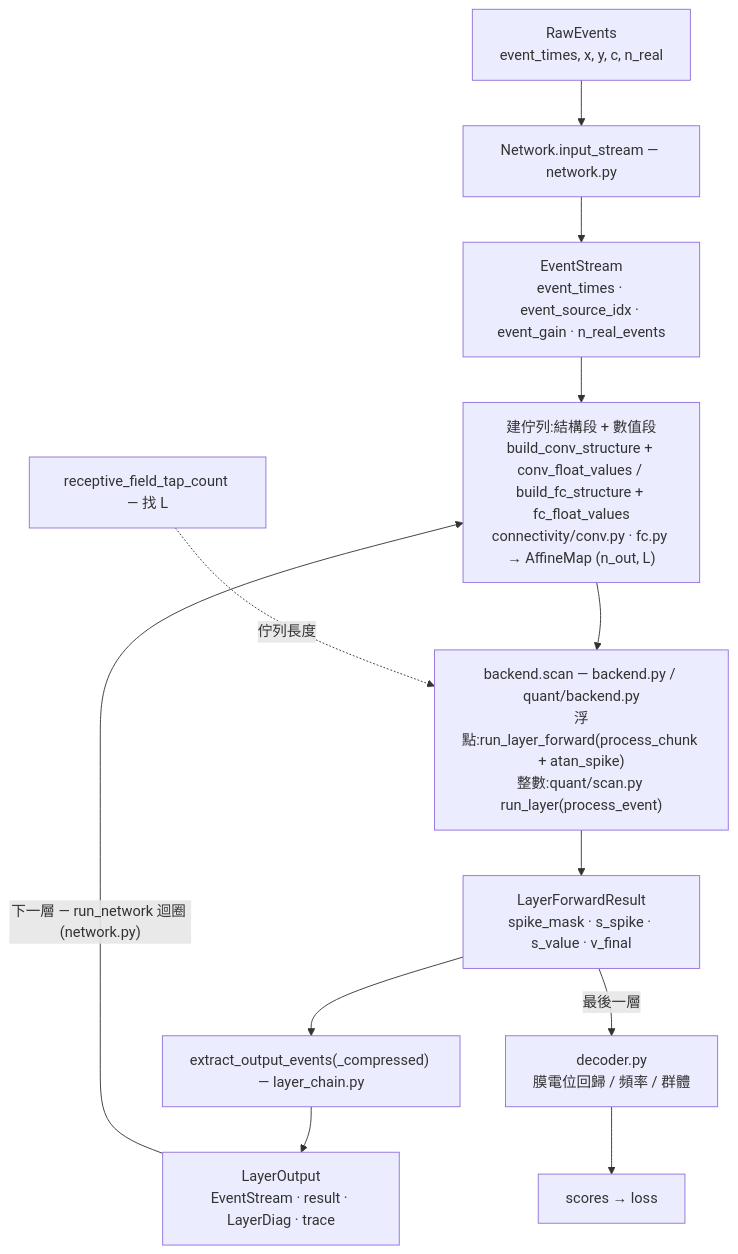
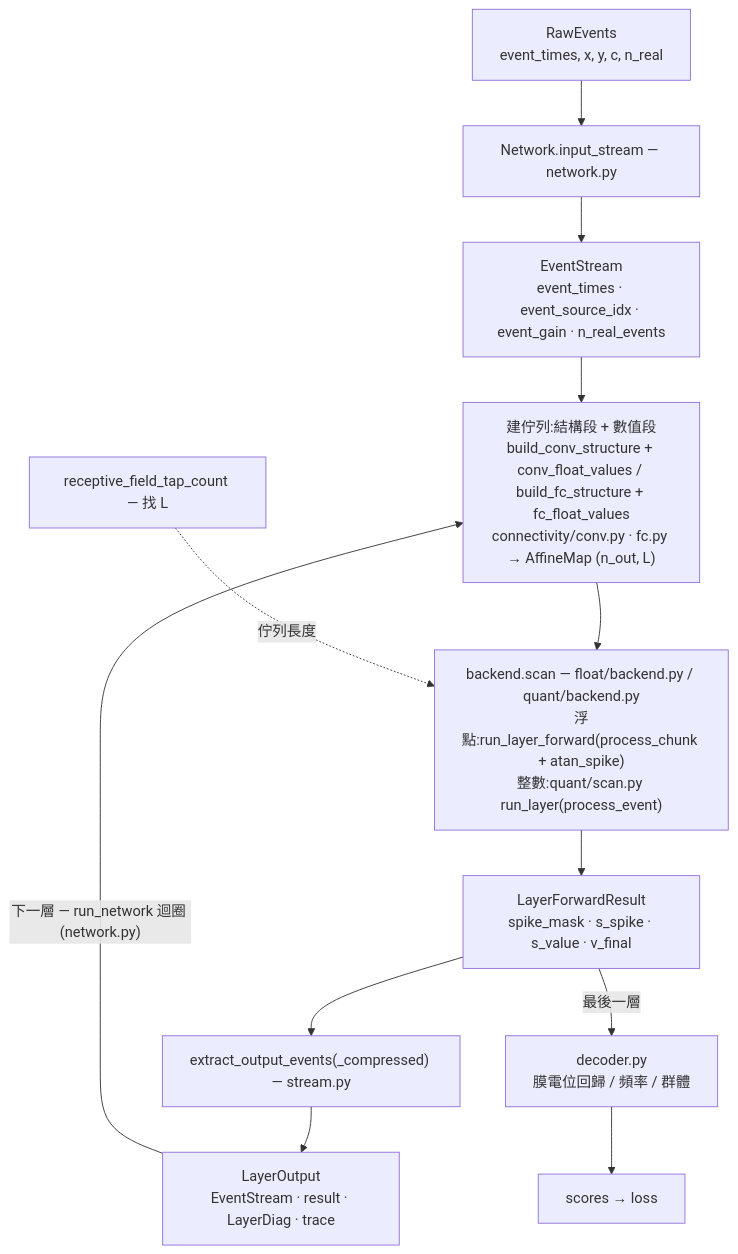
The first of 2 diagrams in docs/架構.md (Salt-Shio/Spiking-Affine-Lazy-Training), drawn with Mermaid before and after one commit. The commit also changed other lines of this file and 46 other files, not shown here.

Commit message:
架構審查階段 5.6:salt_core 搬檔,實作收進 float/、connectivity/、quant/,最外層只留 API

````diff
--- a/docs/架構.md
+++ b/docs/架構.md
@@ -14,14 +14,14 @@
 ```mermaid
 flowchart TD
     RAW["RawEvents<br/>event_times, x, y, c, n_real"] --> R2S["Network.input_stream — network.py"]
     R2S --> ES["EventStream<br/>event_times · event_source_idx · event_gain · n_real_events"]
     ES --> BQ["建佇列:結構段 + 數值段<br/>build_conv_structure + conv_float_values / build_fc_structure + fc_float_values<br/>connectivity/conv.py · fc.py → AffineMap (n_out, L)"]
-    BQ --> RLF["backend.scan — backend.py / quant/backend.py<br/>浮點:run_layer_forward(process_chunk + atan_spike)<br/>整數:quant/scan.py run_layer(process_event)"]
+    BQ --> RLF["backend.scan — float/backend.py / quant/backend.py<br/>浮點:run_layer_forward(process_chunk + atan_spike)<br/>整數:quant/scan.py run_layer(process_event)"]
     RLF --> LFR["LayerForwardResult<br/>spike_mask · s_spike · s_value · v_final"]
-    LFR --> EXO["extract_output_events(_compressed) — layer_chain.py"]
+    LFR --> EXO["extract_output_events(_compressed) — stream.py"]
     EXO --> ESN["LayerOutput<br/>EventStream · result · LayerDiag · trace"]
     ESN -->|"下一層 — run_network 迴圈 (network.py)"| BQ
     LFR -->|"最後一層"| DEC["decoder.py<br/>膜電位回歸 / 頻率 / 群體"]
     DEC --> SC["scores → loss"]
     RFT["receptive_field_tap_count — 找 L"] -. 佇列長度 .-> RLF
 ```
````
